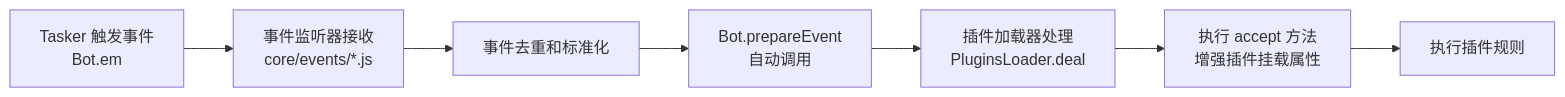
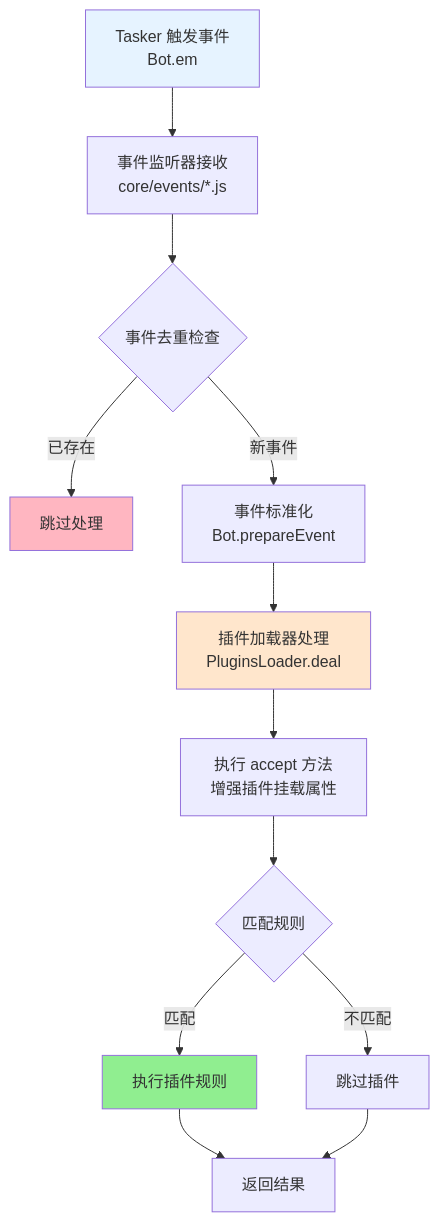
The sixth of 8 diagrams in docs/完整文档.md (sunflowermm/XRK-AGT), drawn with Mermaid before and after one commit. The commit also changed other lines of this file and 24 other files, not shown here.

````diff
--- a/docs/完整文档.md
+++ b/docs/完整文档.md
@@ -334,9 +376,19 @@
 ```mermaid
-flowchart LR
+flowchart TB
     A["Tasker 触发事件<br/>Bot.em"] --> B["事件监听器接收<br/>core/events/*.js"]
-    B --> C["事件去重和标准化"]
-    C --> D["Bot.prepareEvent<br/>自动调用"]
+    B --> C{事件去重检查}
+    C -->|已存在| Z[跳过处理]
+    C -->|新事件| D["事件标准化<br/>Bot.prepareEvent"]
     D --> E["插件加载器处理<br/>PluginsLoader.deal"]
     E --> F["执行 accept 方法<br/>增强插件挂载属性"]
-    F --> G["执行插件规则"]
+    F --> G{匹配规则}
+    G -->|匹配| H["执行插件规则"]
+    G -->|不匹配| I[跳过插件]
+    H --> J[返回结果]
+    I --> J
+    
+    style A fill:#E6F3FF
+    style E fill:#FFE6CC
+    style H fill:#90EE90
+    style Z fill:#FFB6C1
 ```
````
